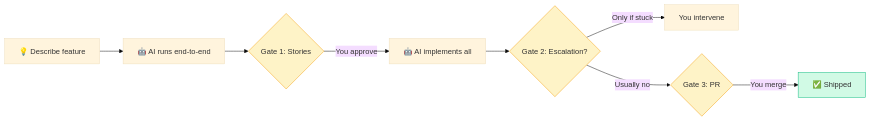
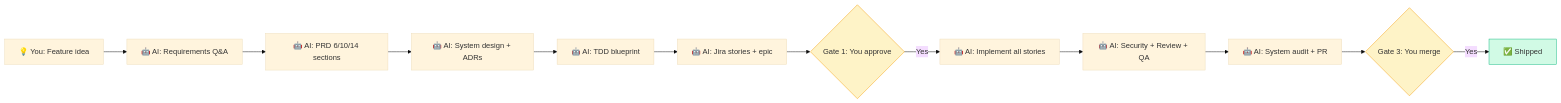
Before and after one commit to munna-chauhan/HeadMaster: the diagram in README.md, drawn with Mermaid (base theme). The commit also changed other lines of this file and 23 other files, not shown here.

````diff
--- a/README.md
+++ b/README.md
@@ -21,15 +68,18 @@
 ```mermaid
 graph LR
-    A[💡 Describe feature] --> B[🤖 AI runs end-to-end]
-    B --> C{Gate 1: Stories}
-    C -->|You approve| D[🤖 AI implements all]
-    D --> E{Gate 2: Escalation?}
-    E -->|Only if stuck| F[You intervene]
-    E -->|Usually no| G{Gate 3: PR}
-    G -->|You merge| H[✅ Shipped]
+    A[💡 You: Feature idea] --> B[🤖 AI: Requirements Q&A]
+    B --> C[🤖 AI: PRD 6/10/14 sections]
+    C --> D[🤖 AI: System design + ADRs]
+    D --> E[🤖 AI: TDD blueprint]
+    E --> F[🤖 AI: Jira stories + epic]
+    F --> G{Gate 1: You approve}
+    G -->|Yes| H[🤖 AI: Implement all stories]
+    H --> I[🤖 AI: Security + Review + QA]
+    I --> J[🤖 AI: System audit + PR]
+    J --> K{Gate 3: You merge}
+    K -->|Yes| L[✅ Shipped]
     
-    style C fill:#fef3c7,stroke:#f59e0b
-    style E fill:#fef3c7,stroke:#f59e0b
     style G fill:#fef3c7,stroke:#f59e0b
-    style H fill:#d1fae5,stroke:#10b981
+    style K fill:#fef3c7,stroke:#f59e0b
+    style L fill:#d1fae5,stroke:#10b981
 ```
````
